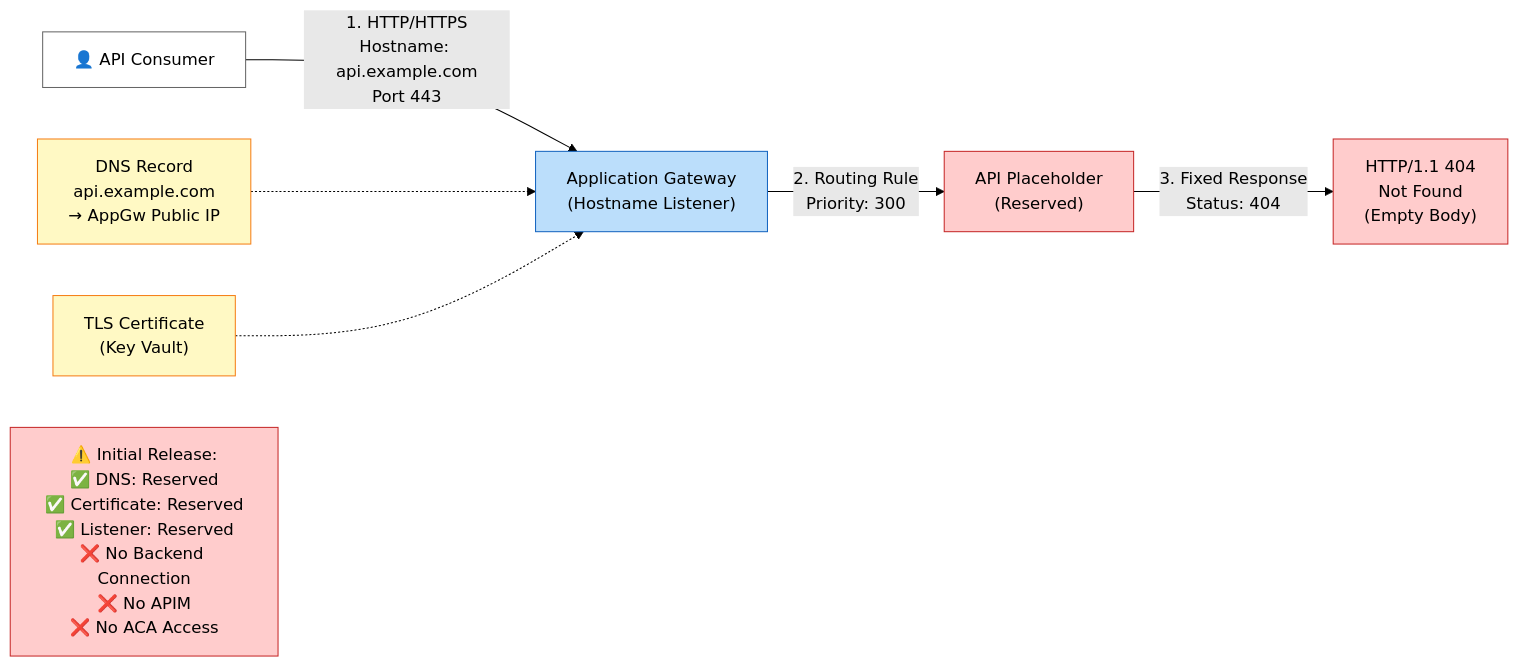
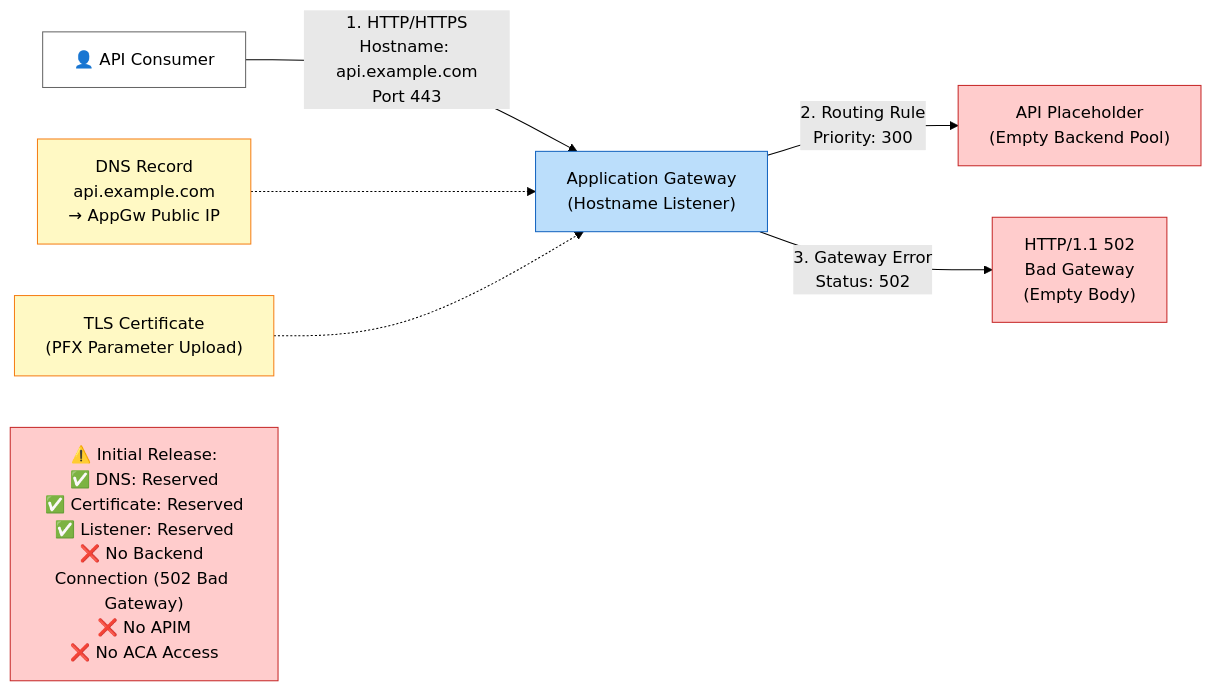
One commit to 75-8/dify-azure-bicep-insidecorp changed the fourth of 9 diagrams in docs/architecture.md. Above: the diagram before and after it, drawn with Mermaid (forest theme). The commit also changed other lines of this file and 7 other files, not shown here.

````diff
--- a/docs/architecture.md
+++ b/docs/architecture.md
@@ -185,24 +184,24 @@
 ```mermaid
 graph LR
     Consumer["👤 API Consumer"]
     
     Consumer -->|1. HTTP/HTTPS<br/>Hostname: api.example.com<br/>Port 443| AppGw["Application Gateway<br/>(Hostname Listener)"]
-    AppGw -->|2. Routing Rule<br/>Priority: 300| ApiPlaceholder["API Placeholder<br/>(Reserved)"]
-    ApiPlaceholder -->|3. Fixed Response<br/>Status: 404| Response["HTTP/1.1 404<br/>Not Found<br/>(Empty Body)"]
+    AppGw -->|2. Routing Rule<br/>Priority: 300| ApiPlaceholder["API Placeholder<br/>(Empty Backend Pool)"]
+    AppGw -->|3. Gateway Error<br/>Status: 502| Response["HTTP/1.1 502<br/>Bad Gateway<br/>(Empty Body)"]
     
     DNS["DNS Record<br/>api.example.com<br/>→ AppGw Public IP"]
-    Cert["TLS Certificate<br/>(Key Vault)"]
+    Cert["TLS Certificate<br/>(PFX Parameter Upload)"]
     
     DNS -.-> AppGw
     Cert -.-> AppGw
     
-    Note["⚠️ Initial Release:<br/>✅ DNS: Reserved<br/>✅ Certificate: Reserved<br/>✅ Listener: Reserved<br/>❌ No Backend Connection<br/>❌ No APIM<br/>❌ No ACA Access"]
+    Note["⚠️ Initial Release:<br/>✅ DNS: Reserved<br/>✅ Certificate: Reserved<br/>✅ Listener: Reserved<br/>❌ No Backend Connection (502 Bad Gateway)<br/>❌ No APIM<br/>❌ No ACA Access"]
     
     style Consumer fill:#fff,stroke:#666
     style AppGw fill:#bbdefb,stroke:#1565c0
     style ApiPlaceholder fill:#ffcccc,stroke:#c62828
     style Response fill:#ffcccc,stroke:#c62828
     style DNS fill:#fff9c4,stroke:#f57f17
     style Cert fill:#fff9c4,stroke:#f57f17
     style Note fill:#ffcccc,stroke:#c62828
 ```
````
